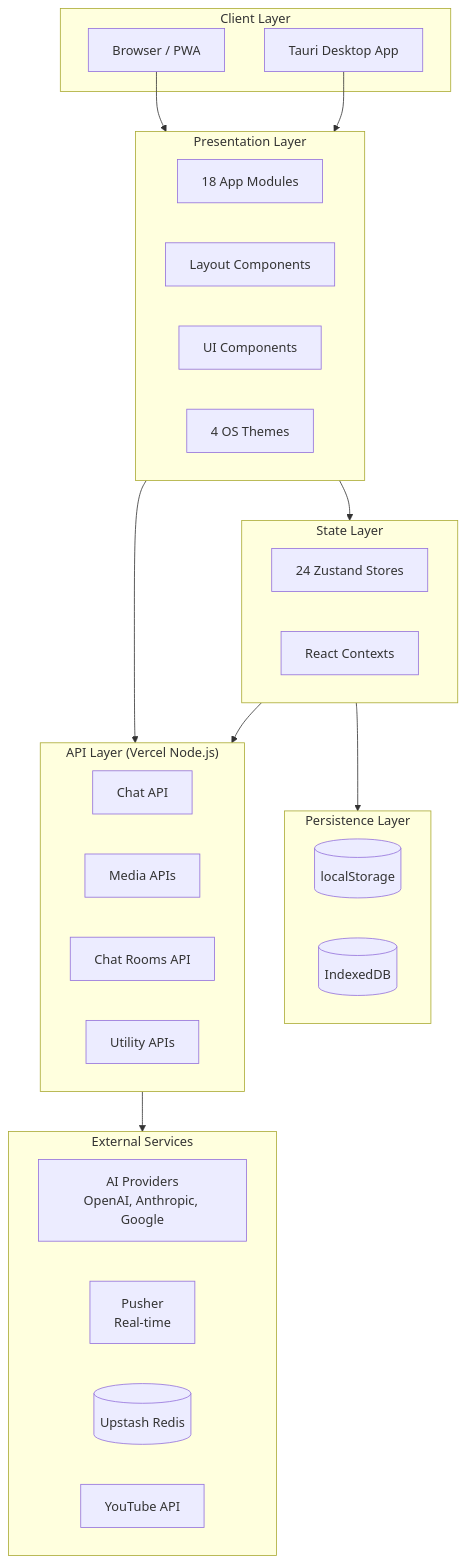
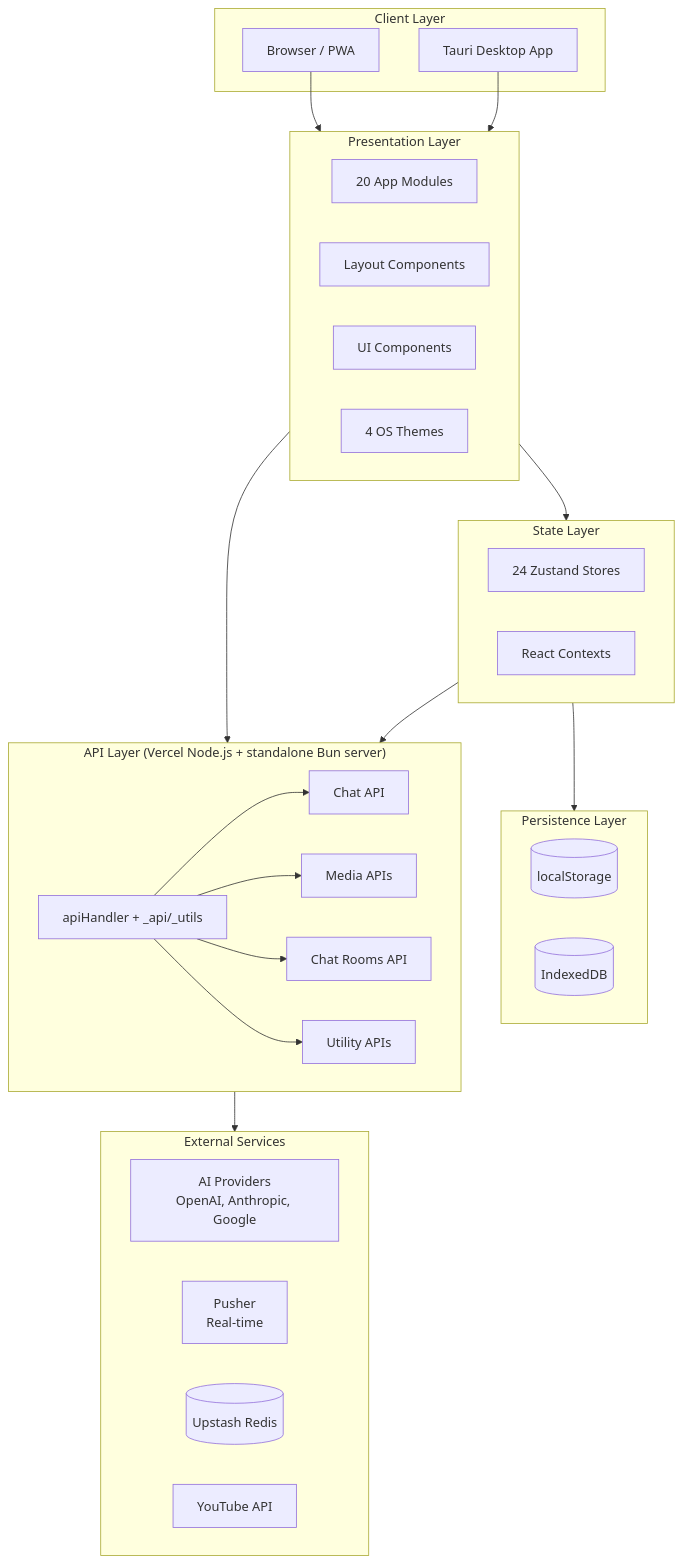
The first of 6 diagrams in docs/1.1-architecture.md (ryokun6/ryos), drawn with Mermaid before and after one commit. The commit also changed other lines of this file and 2 other files, not shown here.

Commit message:
docs: refresh overview and architecture docs

````diff
--- a/docs/1.1-architecture.md
+++ b/docs/1.1-architecture.md
@@ -7,46 +7,51 @@
 ```mermaid
 graph TB
     subgraph Client["Client Layer"]
         Browser[Browser / PWA]
         Desktop[Tauri Desktop App]
     end
     
     subgraph Presentation["Presentation Layer"]
-        Apps[18 App Modules]
+        Apps[20 App Modules]
         Layout[Layout Components]
         UI[UI Components]
         Themes[4 OS Themes]
     end
     
     subgraph State["State Layer"]
         Zustand[24 Zustand Stores]
         Contexts[React Contexts]
     end
     
     subgraph Persistence["Persistence Layer"]
         LocalStorage[(localStorage)]
         IndexedDB[(IndexedDB)]
     end
     
-    subgraph API["API Layer (Vercel Node.js)"]
+    subgraph API["API Layer (Vercel Node.js + standalone Bun server)"]
+        Shared[apiHandler + _api/_utils]
         Chat[Chat API]
         Media[Media APIs]
         Rooms[Chat Rooms API]
         Utility[Utility APIs]
     end
     
     subgraph External["External Services"]
         AI[AI Providers<br/>OpenAI, Anthropic, Google]
         Pusher[Pusher<br/>Real-time]
         Redis[(Upstash Redis)]
         YouTube[YouTube API]
     end
     
     Browser --> Presentation
     Desktop --> Presentation
     Presentation --> State
     State --> Persistence
     Presentation --> API
+    Shared --> Chat
+    Shared --> Media
+    Shared --> Rooms
+    Shared --> Utility
     API --> External
     State --> API
 ```
````
